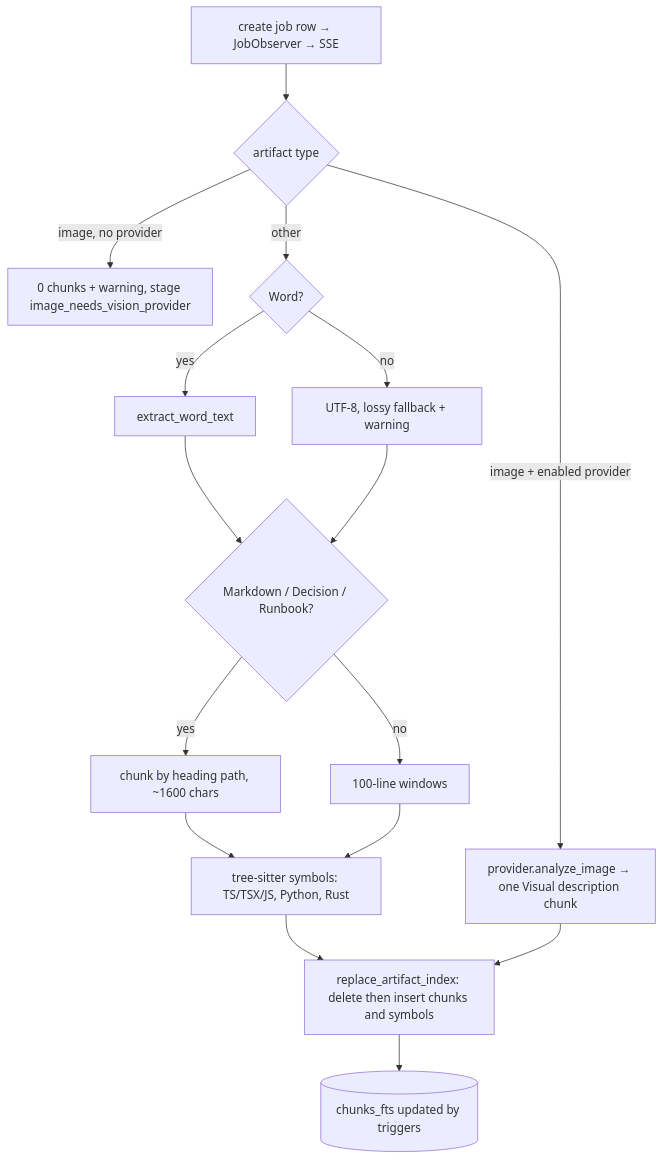
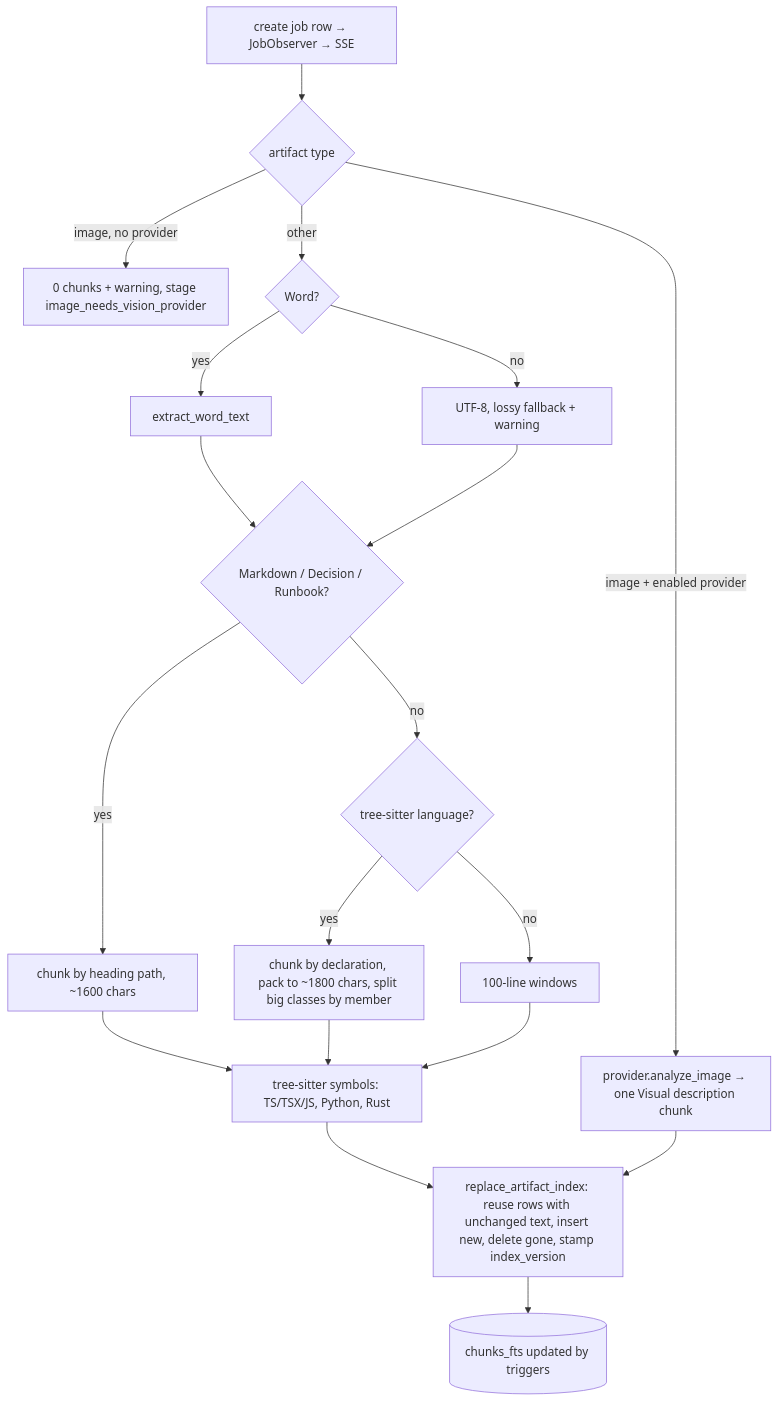
The fifth of 6 diagrams in mindmap/TECHNICAL_MINDMAP.md (winksen/RepoMemo), drawn with Mermaid before and after one commit. The commit also changed other lines of this file and 7 other files, not shown here.

````diff
--- a/mindmap/TECHNICAL_MINDMAP.md
+++ b/mindmap/TECHNICAL_MINDMAP.md
@@ -332,18 +332,21 @@
 ```mermaid
 flowchart TD
   J["create job row → JobObserver → SSE"] --> T{artifact type}
   T -- image + enabled provider --> V["provider.analyze_image → one Visual description chunk"]
   T -- image, no provider --> N["0 chunks + warning, stage image_needs_vision_provider"]
   T -- other --> W{Word?}
   W -- yes --> WX[extract_word_text]
   W -- no --> U[UTF-8, lossy fallback + warning]
   WX --> CH
   U --> CH{Markdown / Decision / Runbook?}
   CH -- yes --> MD[chunk by heading path, ~1600 chars]
-  CH -- no --> LW[100-line windows]
+  CH -- no --> TS{tree-sitter language?}
+  TS -- yes --> CD[chunk by declaration, pack to ~1800 chars, split big classes by member]
+  TS -- no --> LW[100-line windows]
   MD --> SY[tree-sitter symbols: TS/TSX/JS, Python, Rust]
+  CD --> SY
   LW --> SY
-  SY --> RP["replace_artifact_index: delete then insert chunks and symbols"]
+  SY --> RP["replace_artifact_index: reuse rows with unchanged text, insert new, delete gone, stamp index_version"]
   V --> RP
   RP --> FTS[(chunks_fts updated by triggers)]
 ```
````
